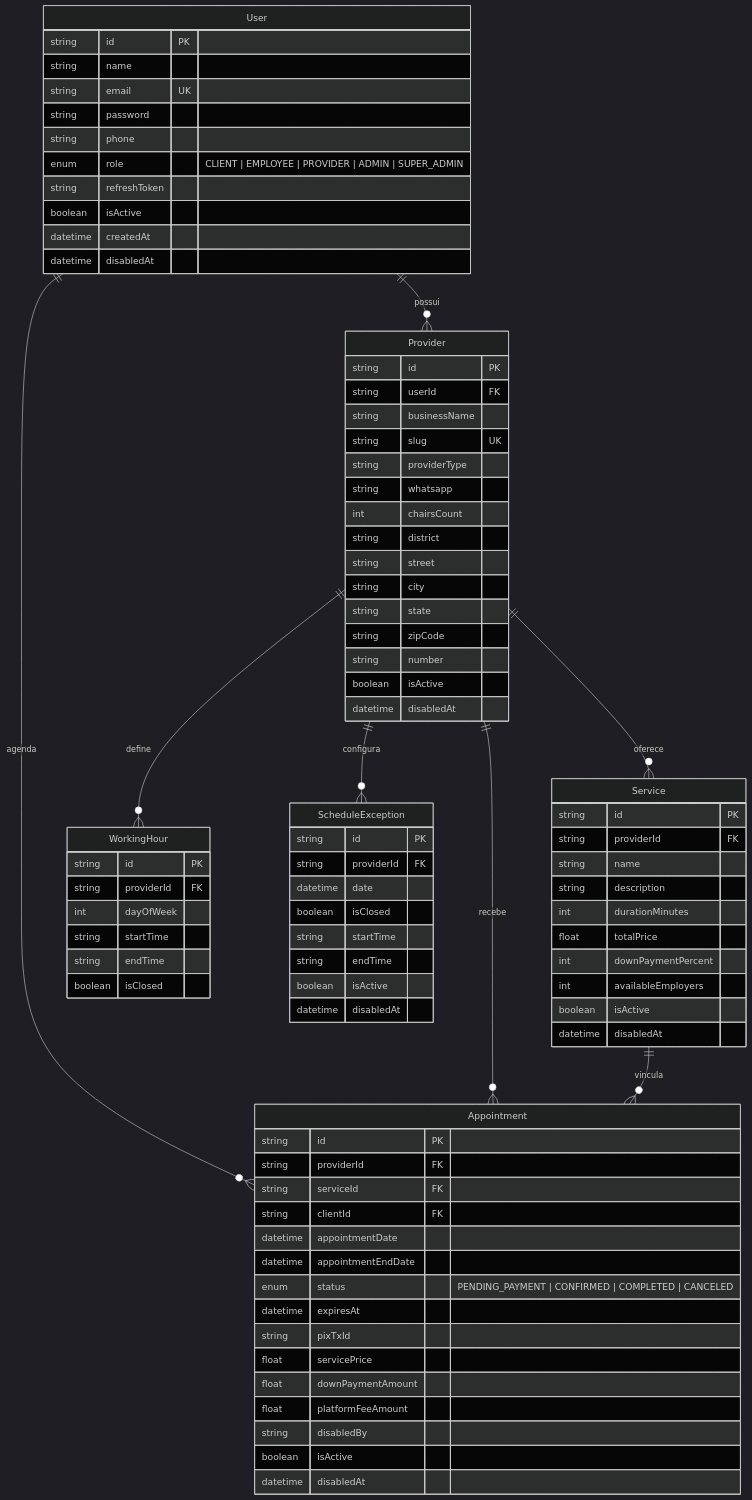
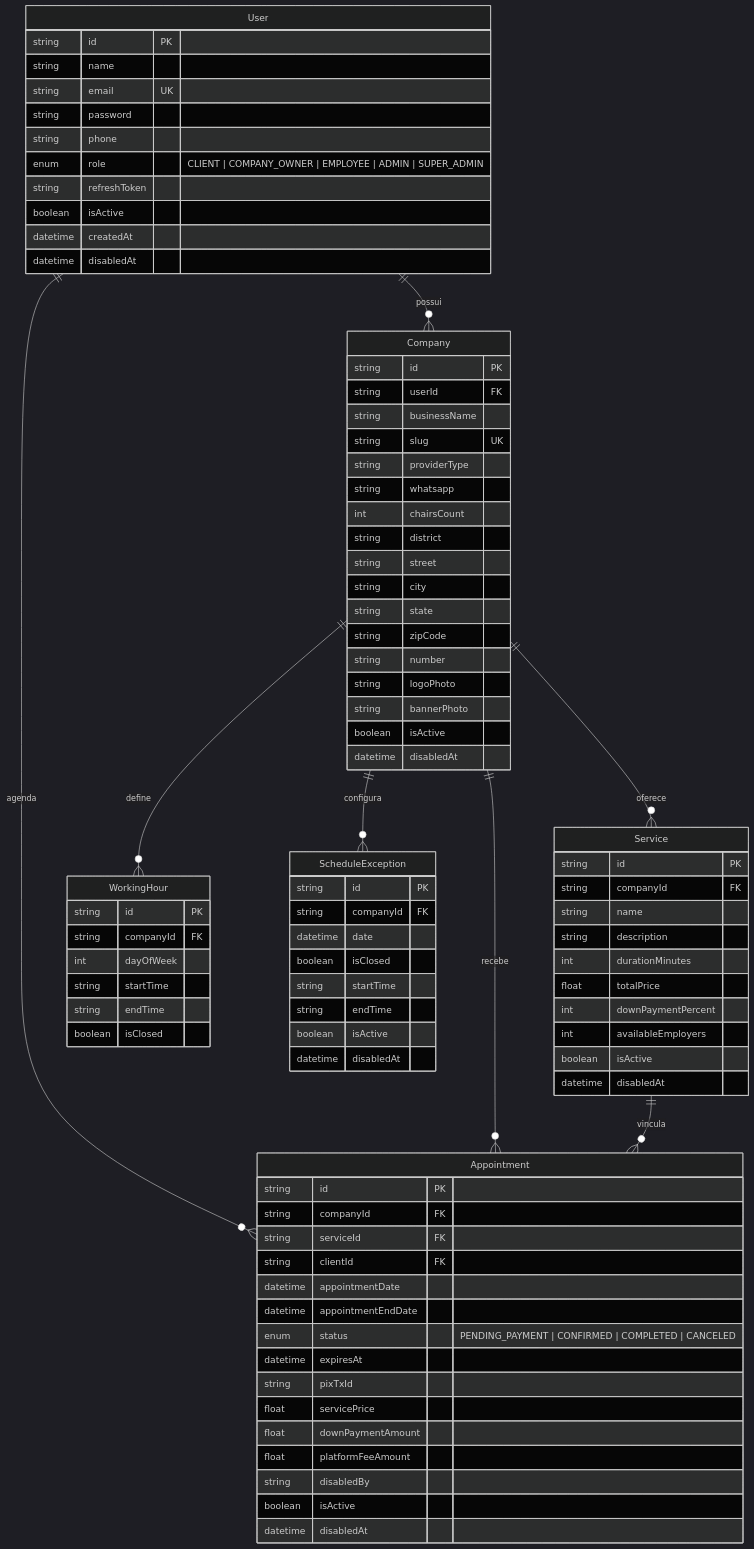
Before and after one commit to copperlamb78/api-sinalizego: the diagram in README.md, drawn with Mermaid (dark theme). The commit also changed other lines of this file, not shown here.

Commit message:
docs: atualiza README.md com rotas /company, /company-service e role COMPANY_OWNER

````diff
--- a/README.md
+++ b/README.md
@@ -348,11 +228,11 @@
 ```mermaid
 erDiagram
-    User ||--o{ Provider : "possui"
+    User ||--o{ Company : "possui"
     User ||--o{ Appointment : "agenda"
-    Provider ||--o{ Service : "oferece"
-    Provider ||--o{ Appointment : "recebe"
-    Provider ||--o{ WorkingHour : "define"
-    Provider ||--o{ ScheduleException : "configura"
+    Company ||--o{ Service : "oferece"
+    Company ||--o{ Appointment : "recebe"
+    Company ||--o{ WorkingHour : "define"
+    Company ||--o{ ScheduleException : "configura"
     Service ||--o{ Appointment : "vincula"
 
     User {
@@ -361,14 +241,14 @@
         string email UK
         string password
         string phone
-        enum role "CLIENT | EMPLOYEE | PROVIDER | ADMIN | SUPER_ADMIN"
+        enum role "CLIENT | COMPANY_OWNER | EMPLOYEE | ADMIN | SUPER_ADMIN"
         string refreshToken
         boolean isActive
         datetime createdAt
         datetime disabledAt
     }
 
-    Provider {
+    Company {
         string id PK
         string userId FK
         string businessName
@@ -382,13 +262,15 @@
         string state
         string zipCode
         string number
+        string logoPhoto
+        string bannerPhoto
         boolean isActive
         datetime disabledAt
     }
 
     Service {
         string id PK
-        string providerId FK
+        string companyId FK
         string name
         string description
         int durationMinutes
@@ -401,7 +283,7 @@
 
     Appointment {
         string id PK
-        string providerId FK
+        string companyId FK
         string serviceId FK
         string clientId FK
         datetime appointmentDate
@@ -419,7 +301,7 @@
 
     WorkingHour {
         string id PK
-        string providerId FK
+        string companyId FK
         int dayOfWeek
         string startTime
         string endTime
@@ -428,7 +310,7 @@
 
     ScheduleException {
         string id PK
-        string providerId FK
+        string companyId FK
         datetime date
         boolean isClosed
         string startTime
````
